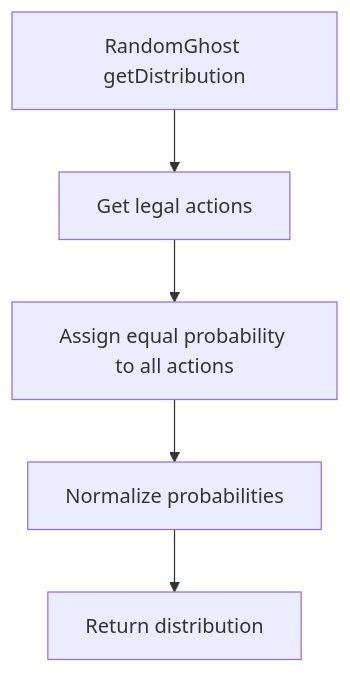
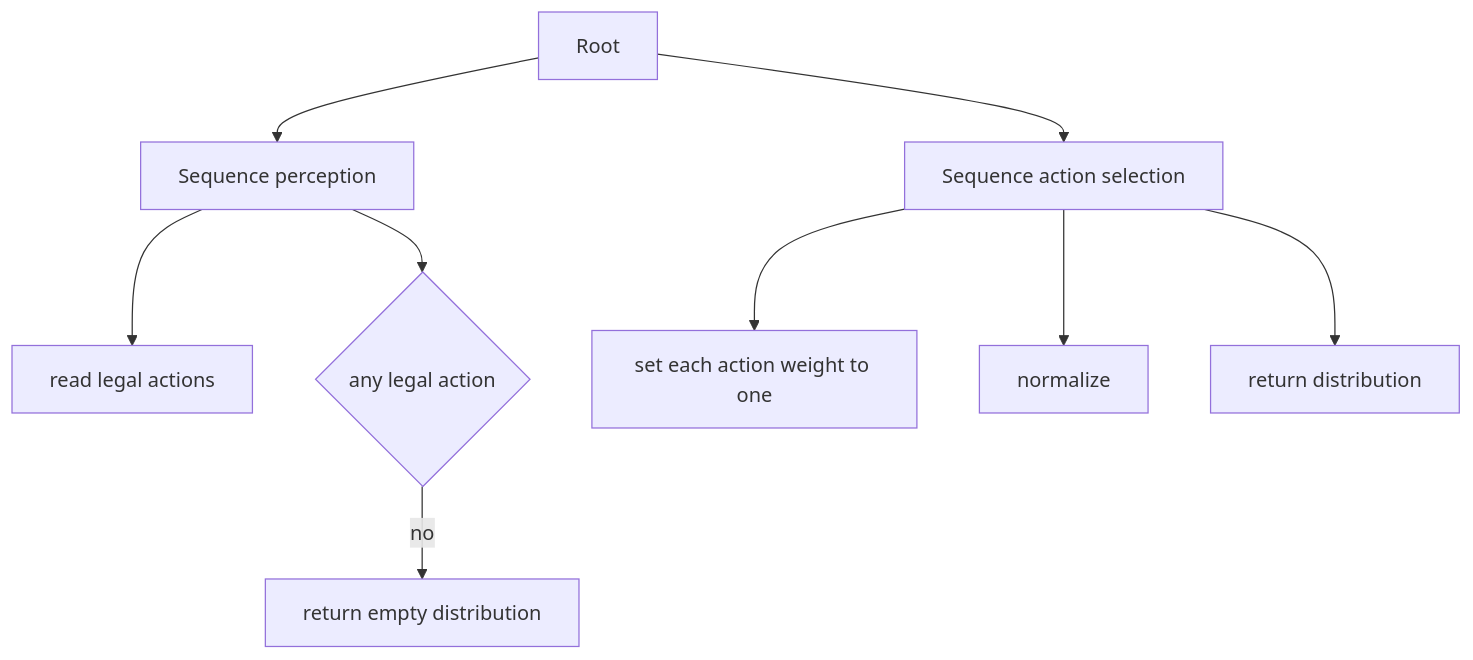
One commit to ARG-NCTU/oop-proj-bt-pacman changed the diagram in BT_mermaid/RandomGhost.md. Above: the diagram before and after it, drawn with Mermaid. The commit also changed 3 other files, not shown here.

Commit message:
Update BT_mermaid diagrams

````diff
--- a/BT_mermaid/RandomGhost.md
+++ b/BT_mermaid/RandomGhost.md
@@ -1,12 +1,15 @@
 ```mermaid
-graph TD
-    RG_Start[RandomGhost getDistribution]
-    RG_A[Get legal actions]
-    RG_B[Assign equal probability to all actions]
-    RG_C[Normalize probabilities]
-    RG_D[Return distribution]
+flowchart TD
+    RG_Root[Root]
+    RG_Root --> RG_SeqPerception[Sequence perception]
+    RG_SeqPerception --> RG_ReadActions[read legal actions]
+    RG_SeqPerception --> RG_CheckAny{any legal action}
+    RG_CheckAny -- no --> RG_ReturnEmpty[return empty distribution]
 
-    RG_Start --> RG_A --> RG_B --> RG_C --> RG_D
+    RG_Root --> RG_SeqAct[Sequence action selection]
+    RG_SeqAct --> RG_UniformInit[set each action weight to one]
+    RG_SeqAct --> RG_Normalize[normalize]
+    RG_SeqAct --> RG_Return[return distribution]
 
 
 ```
````
